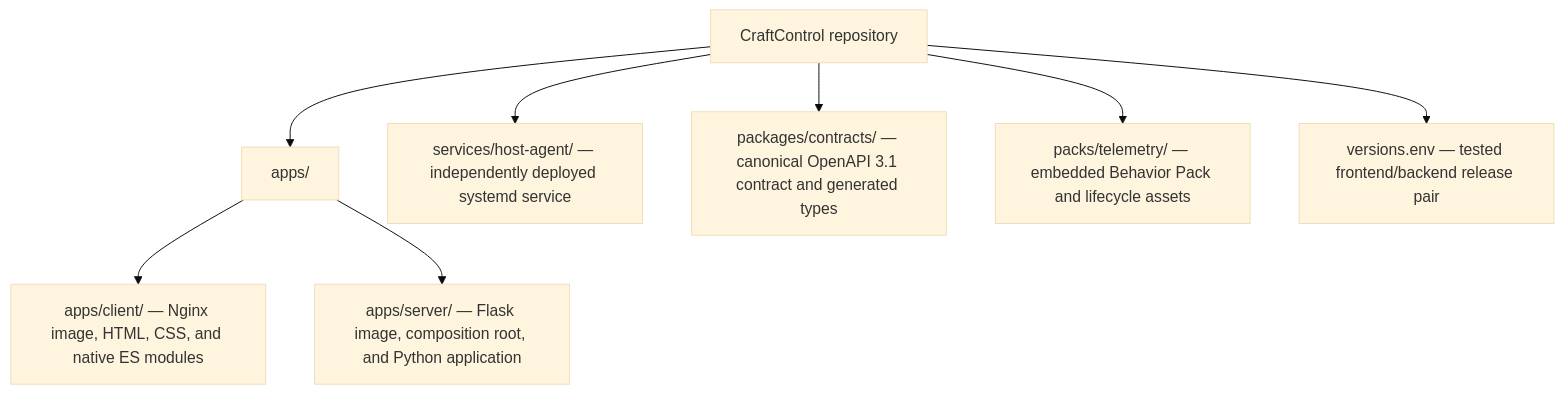
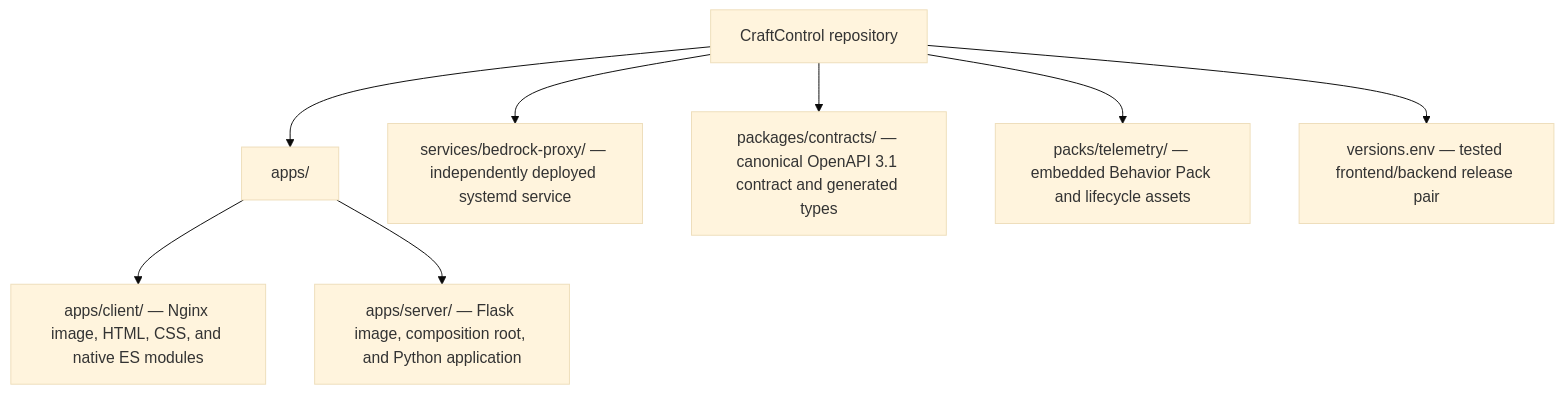
The second of 5 diagrams in README.md (dgaramos/craftcontrol), drawn with Mermaid (base theme) before and after one commit. The commit also changed other lines of this file and 88 other files, not shown here.

First line of the commit message:
refactor(host-agent): rename service directory to bedrock-proxy

````diff
--- a/README.md
+++ b/README.md
@@ -107,10 +107,10 @@
 ```mermaid
 flowchart TD
     repo["CraftControl repository"] --> apps["apps/"]
     apps --> frontend["apps/client/ — Nginx image, HTML, CSS, and native ES modules"]
     apps --> backend["apps/server/ — Flask image, composition root, and Python application"]
-    repo --> services["services/host-agent/ — independently deployed systemd service"]
+    repo --> services["services/bedrock-proxy/ — independently deployed systemd service"]
     repo --> contracts["packages/contracts/ — canonical OpenAPI 3.1 contract and generated types"]
     repo --> telemetry["packs/telemetry/ — embedded Behavior Pack and lifecycle assets"]
     repo --> versions["versions.env — tested frontend/backend release pair"]
 ```
````
